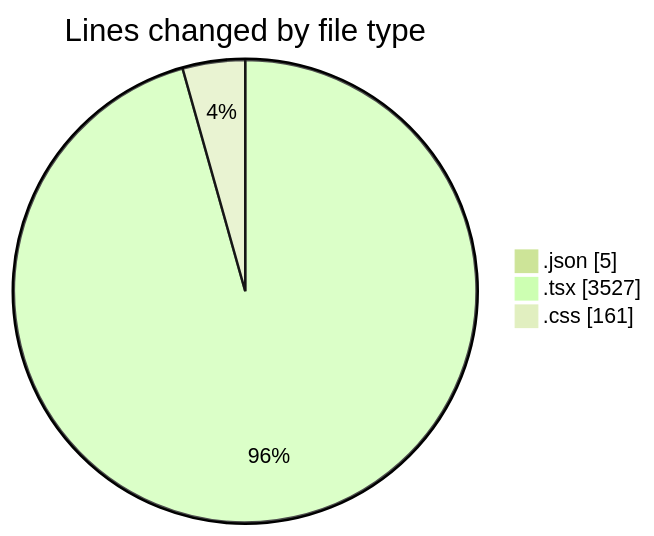
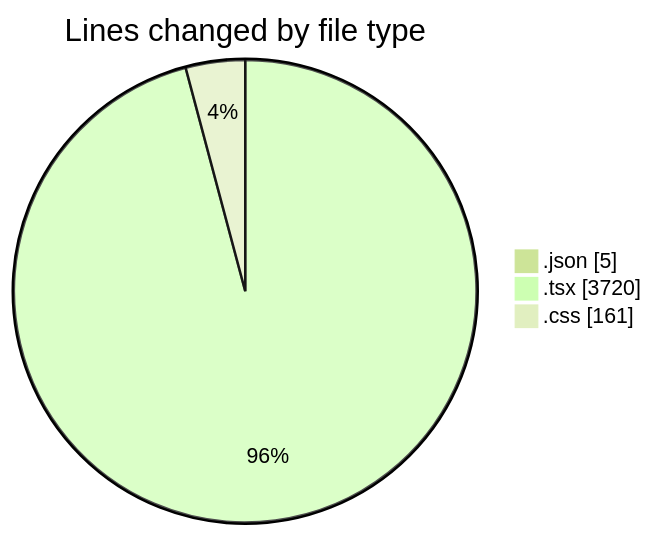
One commit to Elitesun/code-tracking changed the first of 2 diagrams in 2025-05-29/advertise/README.md. Above: the diagram before and after it, drawn with Mermaid (forest theme). The commit also changed other lines of this file and 1 other file, not shown here.

````diff
--- a/2025-05-29/advertise/README.md
+++ b/2025-05-29/advertise/README.md
@@ -32,7 +34,7 @@
 ```mermaid
 pie showData
 title Lines changed by file type
 ".json" : 5
-".tsx" : 3527
+".tsx" : 3720
 ".css" : 161
 ```
````
